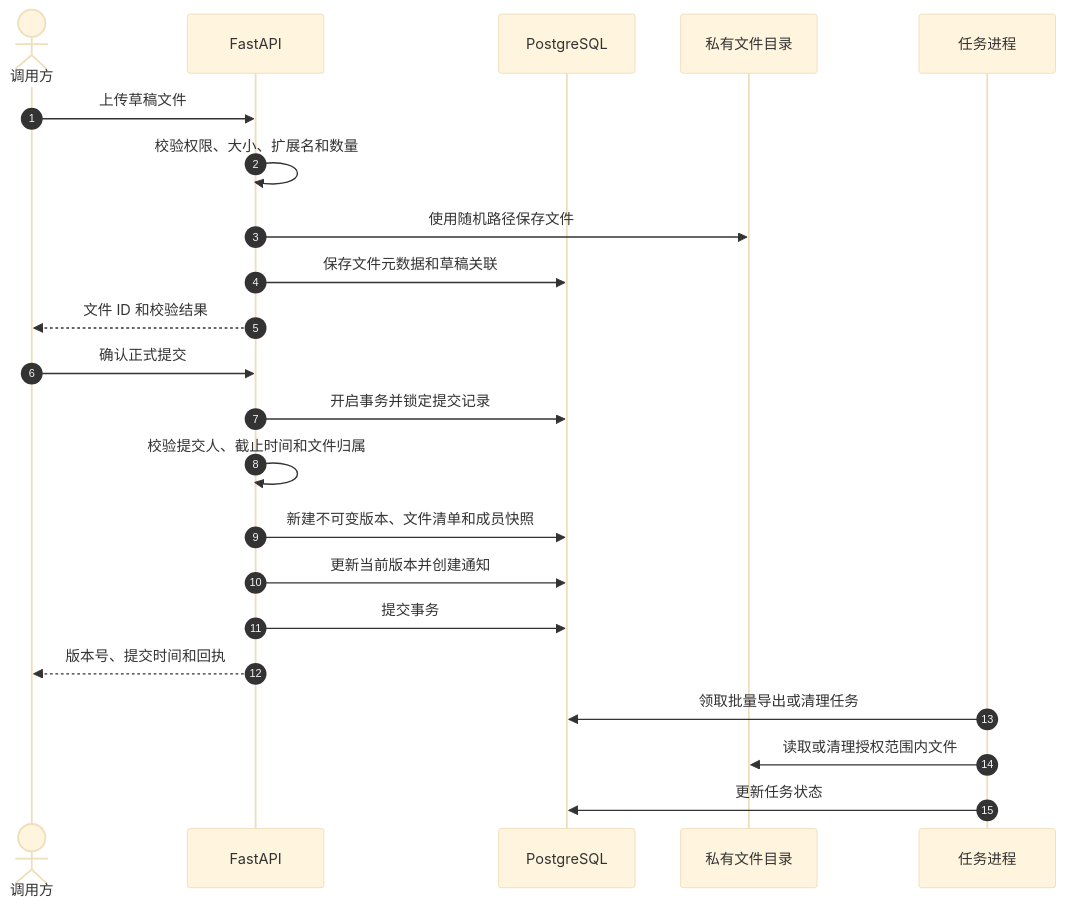
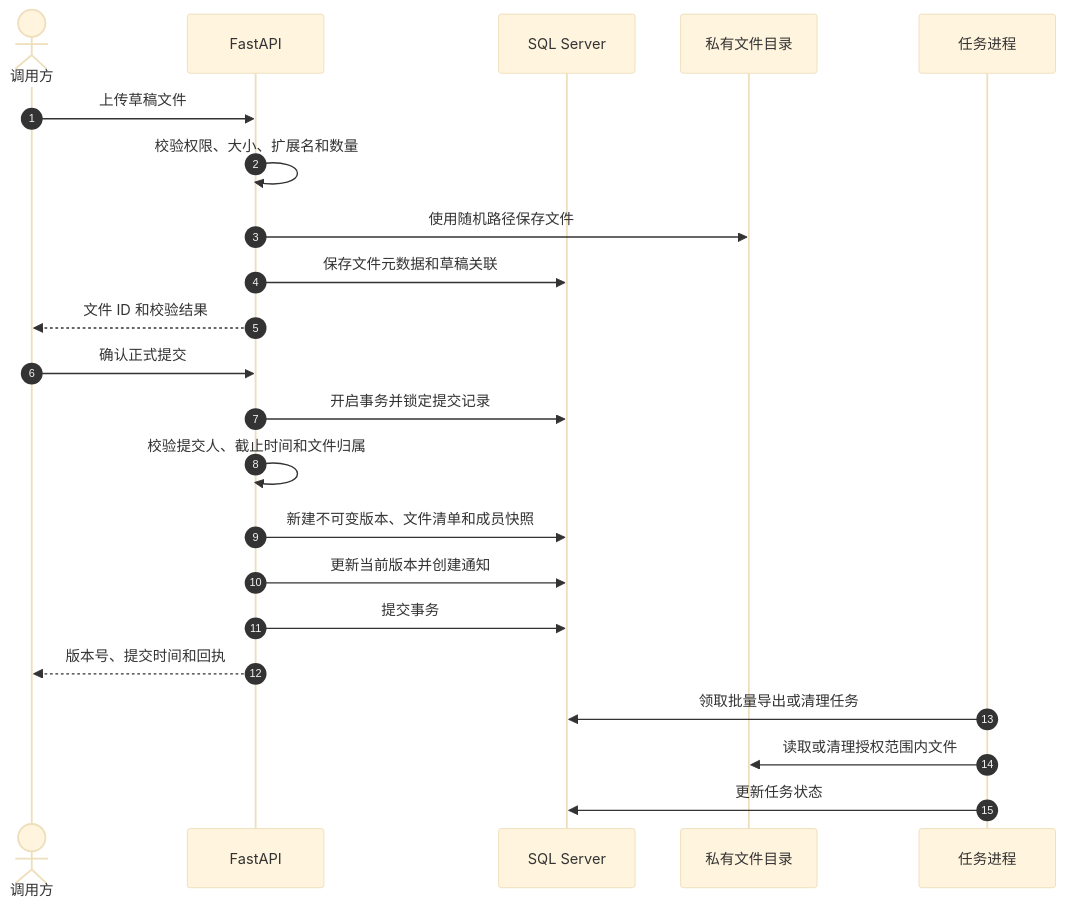
The fifth of 5 diagrams in docs/系统架构设计.md (jackli5541/rjgc-zy-system), drawn with Mermaid (base theme) before and after one commit. The commit also changed other lines of this file and 38 other files, not shown here.

Commit message:
feat: migrate persistence to SQL Server

````diff
--- a/docs/系统架构设计.md
+++ b/docs/系统架构设计.md
@@ -373,27 +373,27 @@
 ```mermaid
 sequenceDiagram
     autonumber
     actor Caller as 调用方
     participant API as FastAPI
-    participant DB as PostgreSQL
+    participant DB as SQL Server
     participant FS as 私有文件目录
     participant Task as 任务进程
 
     Caller->>API: 上传草稿文件
     API->>API: 校验权限、大小、扩展名和数量
     API->>FS: 使用随机路径保存文件
     API->>DB: 保存文件元数据和草稿关联
     API-->>Caller: 文件 ID 和校验结果
 
     Caller->>API: 确认正式提交
     API->>DB: 开启事务并锁定提交记录
     API->>API: 校验提交人、截止时间和文件归属
     API->>DB: 新建不可变版本、文件清单和成员快照
     API->>DB: 更新当前版本并创建通知
     API->>DB: 提交事务
     API-->>Caller: 版本号、提交时间和回执
 
     Task->>DB: 领取批量导出或清理任务
     Task->>FS: 读取或清理授权范围内文件
     Task->>DB: 更新任务状态
 ```
````
